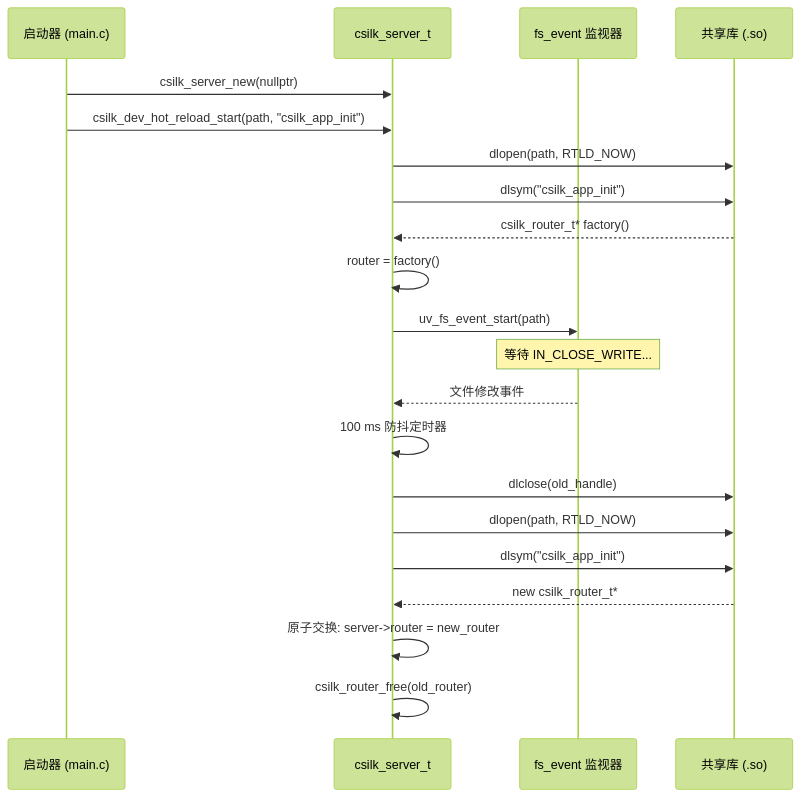
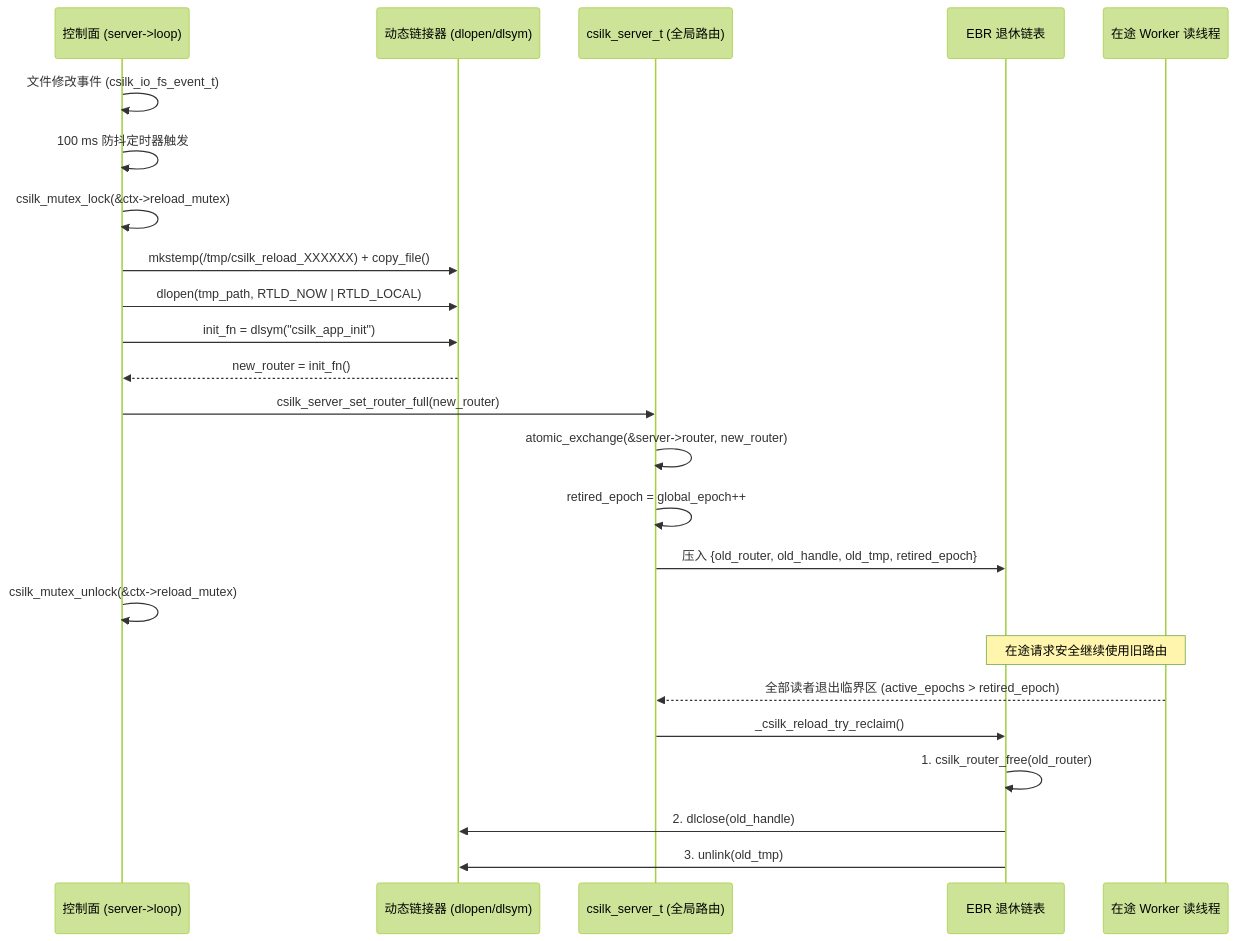
One commit to quintin-lee/csilk changed the diagram in docs/zh-CN/design/hot-reload.md. Above: the diagram before and after it, drawn with Mermaid (forest theme). The commit also changed other lines of this file and 5 other files, not shown here.

Commit message:
docs(all): 📝 synchronize architectural documentation, changelogs, and design specs with codebase

````diff
--- a/docs/zh-CN/design/hot-reload.md
+++ b/docs/zh-CN/design/hot-reload.md
@@ -18,25 +19,28 @@
 ```mermaid
 sequenceDiagram
-    participant Launcher as 启动器 (main.c)
-    participant Server as csilk_server_t
-    participant Watcher as fs_event 监视器
-    participant Lib as 共享库 (.so)
+    participant ControlPlane as 控制面 (server->loop)
+    participant Linker as 动态链接器 (dlopen/dlsym)
+    participant Server as csilk_server_t (全局路由)
+    participant EBR as EBR 退休链表
+    participant Readers as 在途 Worker 读线程
 
-    Launcher->>Server: csilk_server_new(nullptr)
-    Launcher->>Server: csilk_dev_hot_reload_start(path, "csilk_app_init")
-    Server->>Lib: dlopen(path, RTLD_NOW)
-    Server->>Lib: dlsym("csilk_app_init")
-    Lib-->>Server: csilk_router_t* factory()
-    Server->>Server: router = factory()
-    Server->>Watcher: uv_fs_event_start(path)
-    Note over Watcher: 等待 IN_CLOSE_WRITE...
-
-    Watcher-->>Server: 文件修改事件
-    Server->>Server: 100 ms 防抖定时器
-    Server->>Lib: dlclose(old_handle)
-    Server->>Lib: dlopen(path, RTLD_NOW)
-    Server->>Lib: dlsym("csilk_app_init")
-    Lib-->>Server: new csilk_router_t*
-    Server->>Server: 原子交换: server->router = new_router
-    Server->>Server: csilk_router_free(old_router)
+    ControlPlane->>ControlPlane: 文件修改事件 (csilk_io_fs_event_t)
+    ControlPlane->>ControlPlane: 100 ms 防抖定时器触发
+    ControlPlane->>ControlPlane: csilk_mutex_lock(&ctx->reload_mutex)
+    ControlPlane->>Linker: mkstemp(/tmp/csilk_reload_XXXXXX) + copy_file()
+    ControlPlane->>Linker: dlopen(tmp_path, RTLD_NOW | RTLD_LOCAL)
+    ControlPlane->>Linker: init_fn = dlsym("csilk_app_init")
+    Linker-->>ControlPlane: new_router = init_fn()
+    ControlPlane->>Server: csilk_server_set_router_full(new_router)
+    Server->>Server: atomic_exchange(&server->router, new_router)
+    Server->>Server: retired_epoch = global_epoch++
+    Server->>EBR: 压入 {old_router, old_handle, old_tmp, retired_epoch}
+    ControlPlane->>ControlPlane: csilk_mutex_unlock(&ctx->reload_mutex)
+    
+    Note over Readers,EBR: 在途请求安全继续使用旧路由
+    Readers-->>Server: 全部读者退出临界区 (active_epochs > retired_epoch)
+    Server->>EBR: _csilk_reload_try_reclaim()
+    EBR->>EBR: 1. csilk_router_free(old_router)
+    EBR->>Linker: 2. dlclose(old_handle)
+    EBR->>Linker: 3. unlink(old_tmp)
 ```
````
